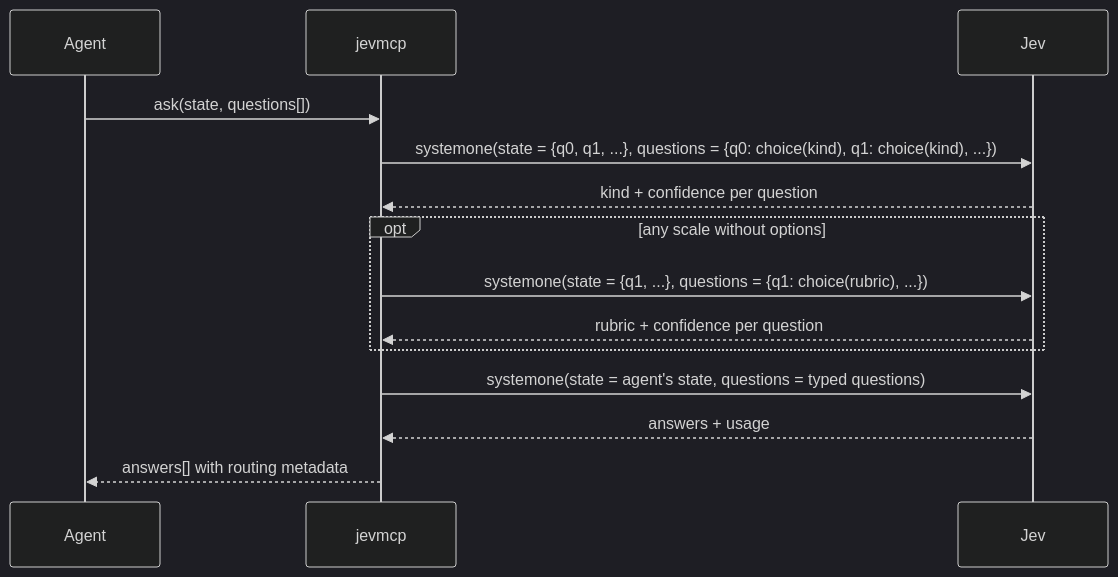
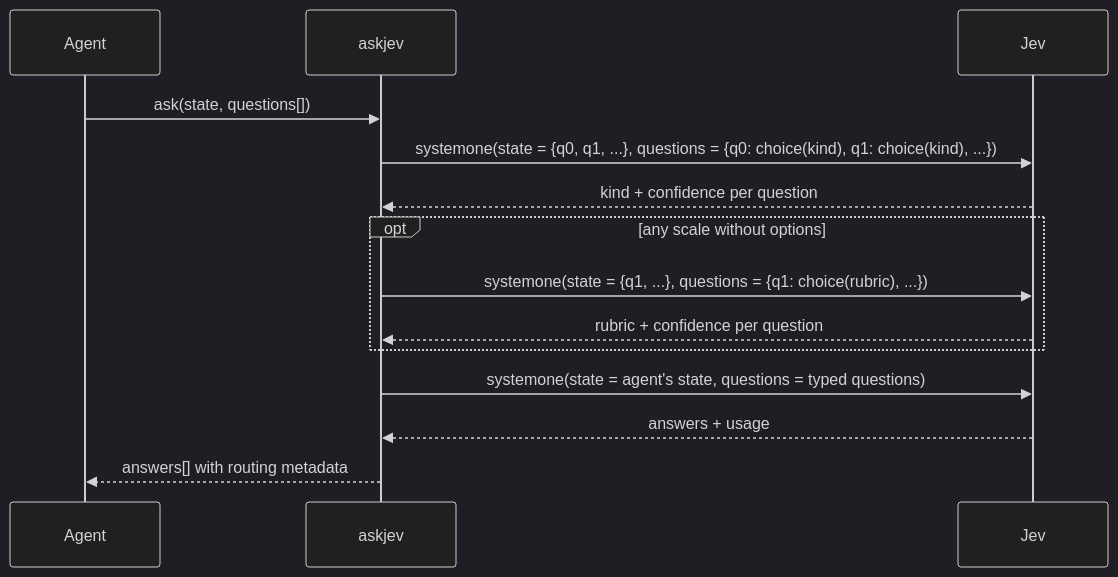
The second of 2 diagrams in docs/ARCHITECTURE.md (pZacca/askjev), drawn with Mermaid (dark theme) before and after one commit. The commit also changed other lines of this file and 8 other files, not shown here.

````diff
--- a/docs/ARCHITECTURE.md
+++ b/docs/ARCHITECTURE.md
@@ -125,17 +125,17 @@
 ```mermaid
 sequenceDiagram
     participant Agent
-    participant jevmcp
+    participant askjev
     participant Jev
 
-    Agent->>jevmcp: ask(state, questions[])
-    jevmcp->>Jev: systemone(state = {q0, q1, ...}, questions = {q0: choice(kind), q1: choice(kind), ...})
-    Jev-->>jevmcp: kind + confidence per question
+    Agent->>askjev: ask(state, questions[])
+    askjev->>Jev: systemone(state = {q0, q1, ...}, questions = {q0: choice(kind), q1: choice(kind), ...})
+    Jev-->>askjev: kind + confidence per question
     opt any scale without options
-        jevmcp->>Jev: systemone(state = {q1, ...}, questions = {q1: choice(rubric), ...})
-        Jev-->>jevmcp: rubric + confidence per question
+        askjev->>Jev: systemone(state = {q1, ...}, questions = {q1: choice(rubric), ...})
+        Jev-->>askjev: rubric + confidence per question
     end
-    jevmcp->>Jev: systemone(state = agent's state, questions = typed questions)
-    Jev-->>jevmcp: answers + usage
-    jevmcp-->>Agent: answers[] with routing metadata
+    askjev->>Jev: systemone(state = agent's state, questions = typed questions)
+    Jev-->>askjev: answers + usage
+    askjev-->>Agent: answers[] with routing metadata
 ```
````
